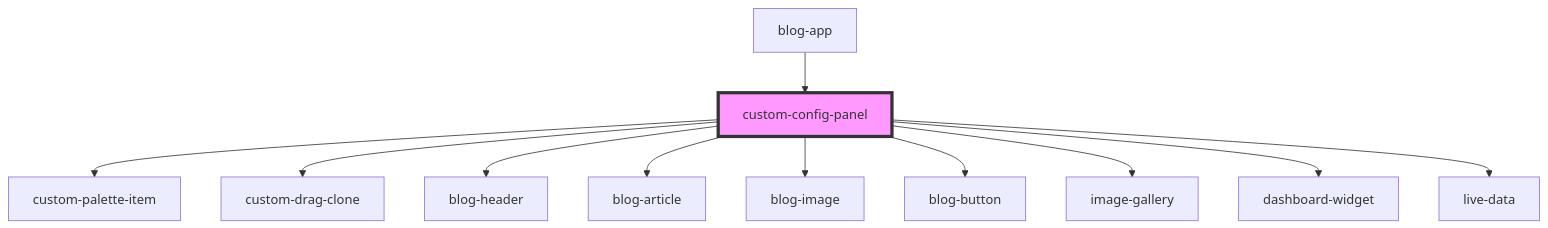
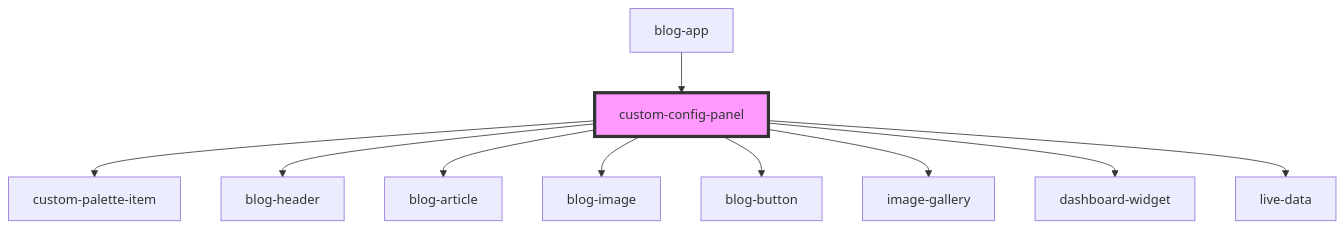
One commit to lucidworks/grid-builder-poc changed the diagram in stencil-grid-builder/src/demo/components/custom-config-panel/readme.md. Above: the diagram before and after it, drawn with Mermaid. The commit also changed other lines of this file and 39 other files, not shown here.

First line of the commit message:
Fix drag clone rendering by reverting to HTML strings

````diff
--- a/stencil-grid-builder/src/demo/components/custom-config-panel/readme.md
+++ b/stencil-grid-builder/src/demo/components/custom-config-panel/readme.md
@@ -34,14 +33,13 @@
 ```mermaid
 graph TD;
   custom-config-panel --> custom-palette-item
-  custom-config-panel --> custom-drag-clone
   custom-config-panel --> blog-header
   custom-config-panel --> blog-article
   custom-config-panel --> blog-image
   custom-config-panel --> blog-button
   custom-config-panel --> image-gallery
   custom-config-panel --> dashboard-widget
   custom-config-panel --> live-data
   blog-app --> custom-config-panel
   style custom-config-panel fill:#f9f,stroke:#333,stroke-width:4px
 ```
````
